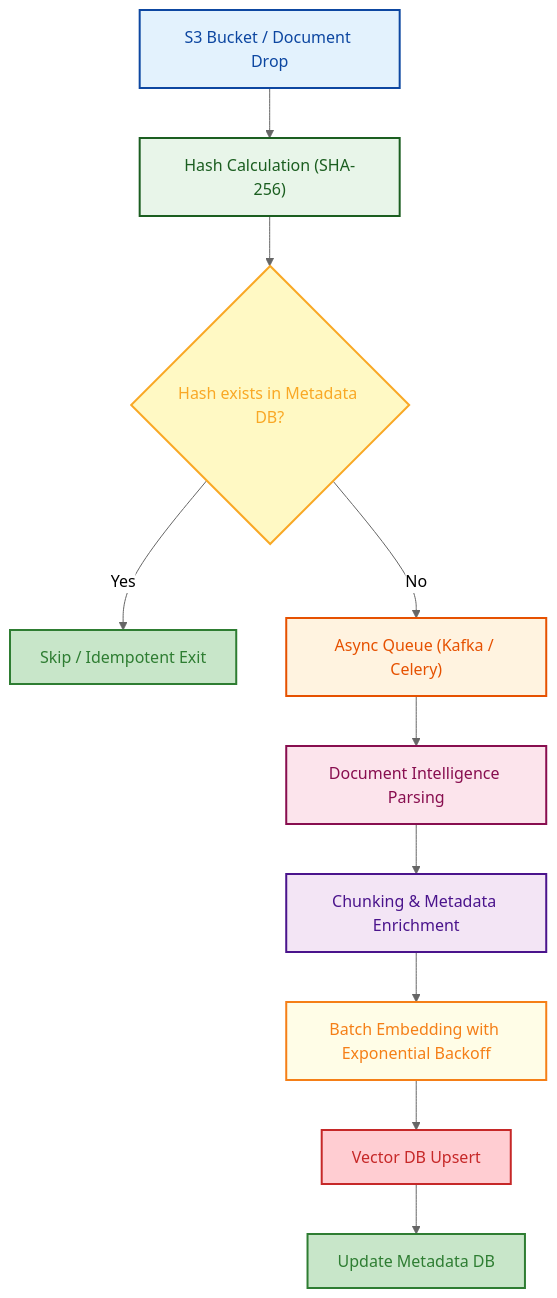
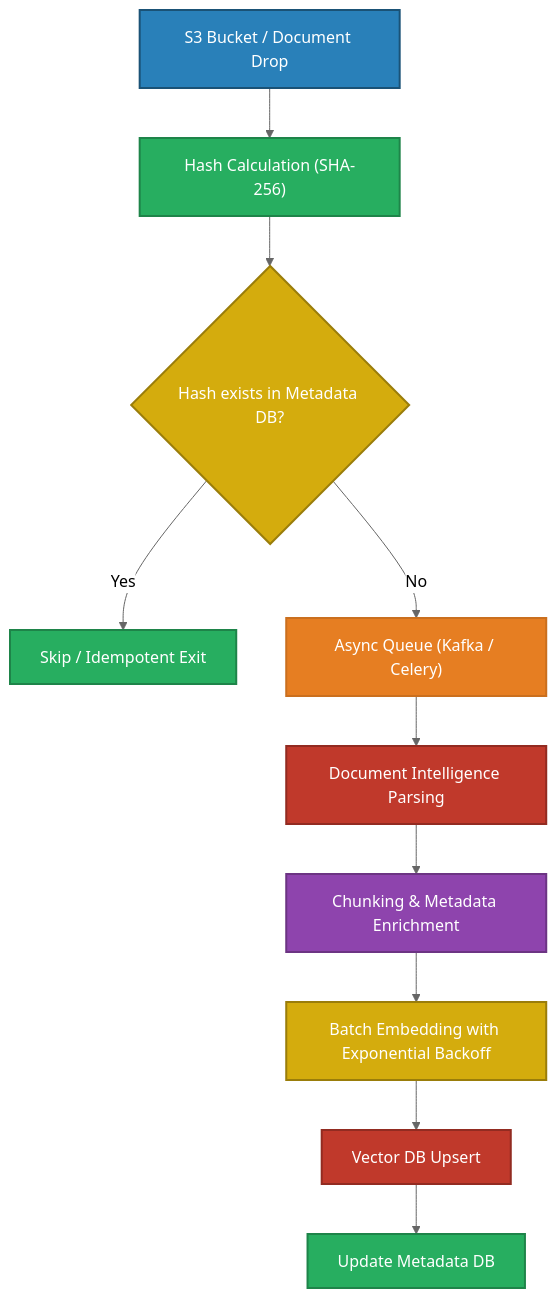
The fourth of 4 diagrams in docs/03-chunking/README.md (GyanendraChaubey/AI-Engineering-Notes), drawn with Mermaid (neutral theme) before and after one commit. The commit also changed other lines of this file and 15 other files, not shown here.

Commit message:
style: replace all Mermaid diagram colors with saturated palette + white text for dark mode compatibility (321 changes across 16 files)

````diff
--- a/docs/03-chunking/README.md
+++ b/docs/03-chunking/README.md
@@ -235,22 +235,22 @@
 ```mermaid
 flowchart TD
     A["S3 Bucket / Document Drop"] --> B["Hash Calculation (SHA-256)"]
     B --> C{"Hash exists in Metadata DB?"}
     C -->|Yes| D["Skip / Idempotent Exit"]
     C -->|No| E["Async Queue (Kafka / Celery)"]
     E --> F["Document Intelligence Parsing"]
     F --> G["Chunking & Metadata Enrichment"]
     G --> H["Batch Embedding with Exponential Backoff"]
     H --> I["Vector DB Upsert"]
     I --> J["Update Metadata DB"]
-    style A fill:#e3f2fd,stroke:#0d47a1,stroke-width:2px,color:#0d47a1
-    style B fill:#e8f5e9,stroke:#1b5e20,stroke-width:2px,color:#1b5e20
-    style C fill:#fff9c4,stroke:#f9a825,stroke-width:2px,color:#f9a825
-    style D fill:#c8e6c9,stroke:#2e7d32,stroke-width:2px,color:#2e7d32
-    style E fill:#fff3e0,stroke:#e65100,stroke-width:2px,color:#e65100
-    style F fill:#fce4ec,stroke:#880e4f,stroke-width:2px,color:#880e4f
-    style G fill:#f3e5f5,stroke:#4a148c,stroke-width:2px,color:#4a148c
-    style H fill:#fffde7,stroke:#f57f17,stroke-width:2px,color:#f57f17
-    style I fill:#ffcdd2,stroke:#c62828,stroke-width:2px,color:#c62828
-    style J fill:#c8e6c9,stroke:#2e7d32,stroke-width:2px,color:#2e7d32
+    style A fill:#2980B9,stroke:#1A5276,stroke-width:2px,color:#FFFFFF
+    style B fill:#27AE60,stroke:#1E8449,stroke-width:2px,color:#FFFFFF
+    style C fill:#D4AC0D,stroke:#9A7D0A,stroke-width:2px,color:#FFFFFF
+    style D fill:#27AE60,stroke:#1E8449,stroke-width:2px,color:#FFFFFF
+    style E fill:#E67E22,stroke:#CA6F1E,stroke-width:2px,color:#FFFFFF
+    style F fill:#C0392B,stroke:#922B21,stroke-width:2px,color:#FFFFFF
+    style G fill:#8E44AD,stroke:#6C3483,stroke-width:2px,color:#FFFFFF
+    style H fill:#D4AC0D,stroke:#9A7D0A,stroke-width:2px,color:#FFFFFF
+    style I fill:#C0392B,stroke:#922B21,stroke-width:2px,color:#FFFFFF
+    style J fill:#27AE60,stroke:#1E8449,stroke-width:2px,color:#FFFFFF
 ```
````
